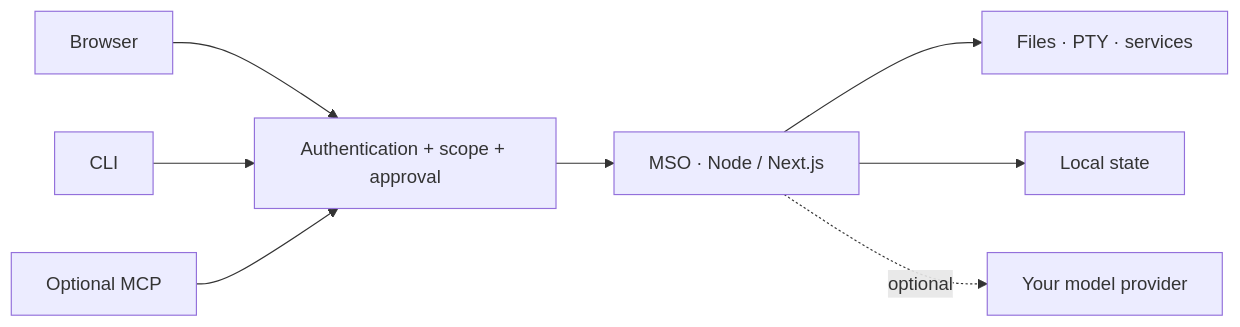
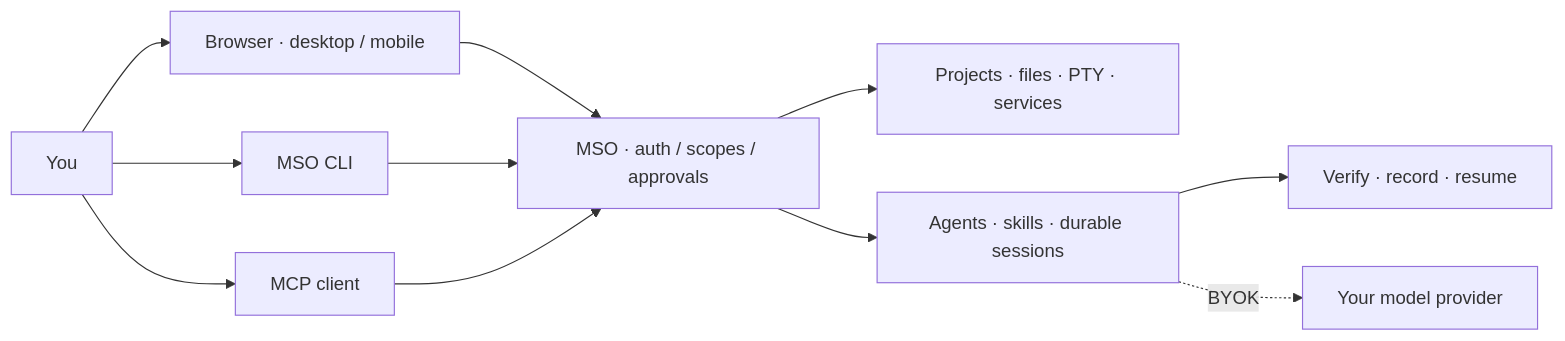
Before and after one commit to rahmanef63/mso: the diagram in README.md, drawn with Mermaid. The commit also changed other lines of this file and 1 other file, not shown here.

````diff
--- a/README.md
+++ b/README.md
@@ -30,10 +28,11 @@
 ```mermaid
 flowchart LR
-    Browser --> Guard["Authentication + scope + approval"]
-    CLI --> Guard
-    MCP["Optional MCP"] --> Guard
-    Guard --> MSO["MSO · Node / Next.js"]
-    MSO --> Host["Files · PTY · services"]
-    MSO --> State["Local state"]
-    MSO -. optional .-> Model["Your model provider"]
+    You["You"] --> Web["Browser · desktop / mobile"]
+    You --> CLI["MSO CLI"]
+    You --> MCP["MCP client"]
+    Web & CLI & MCP --> Core["MSO · auth / scopes / approvals"]
+    Core --> Work["Projects · files · PTY · services"]
+    Core --> Agents["Agents · skills · durable sessions"]
+    Agents --> Evidence["Verify · record · resume"]
+    Agents -. BYOK .-> Model["Your model provider"]
 ```
````
